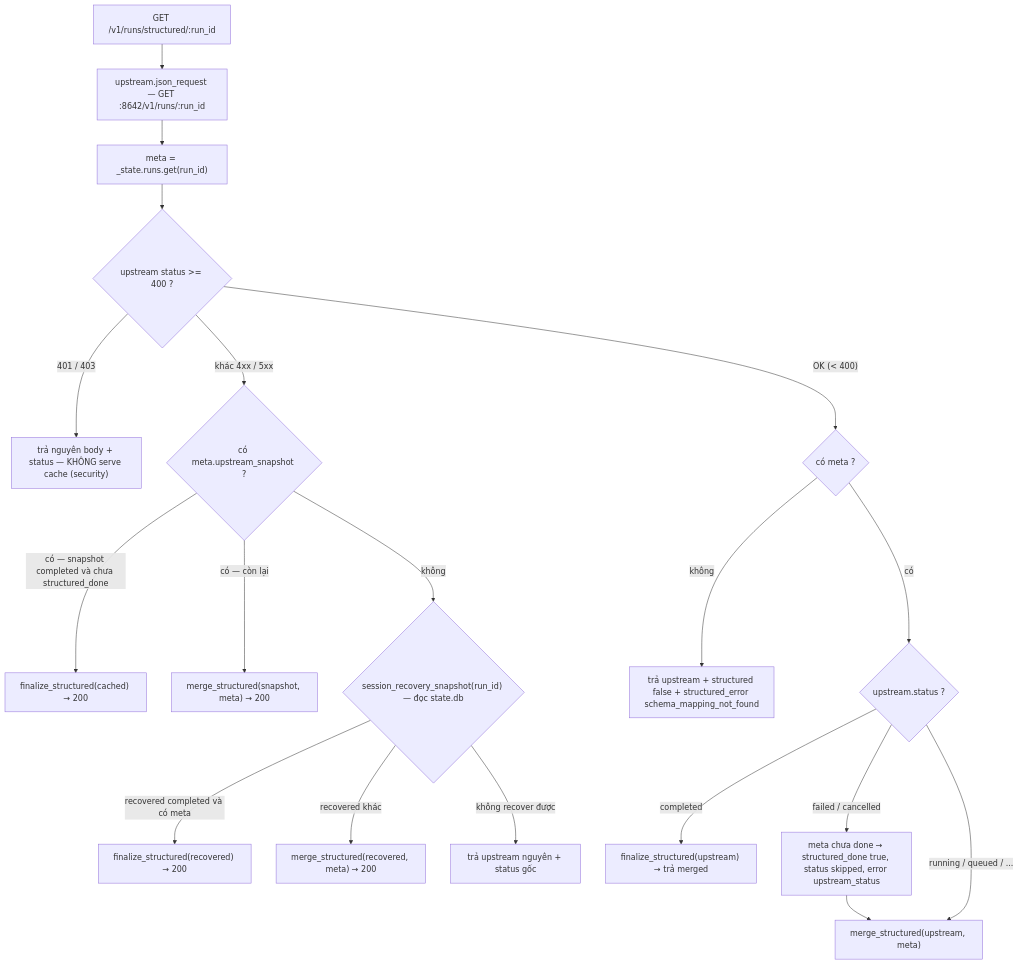
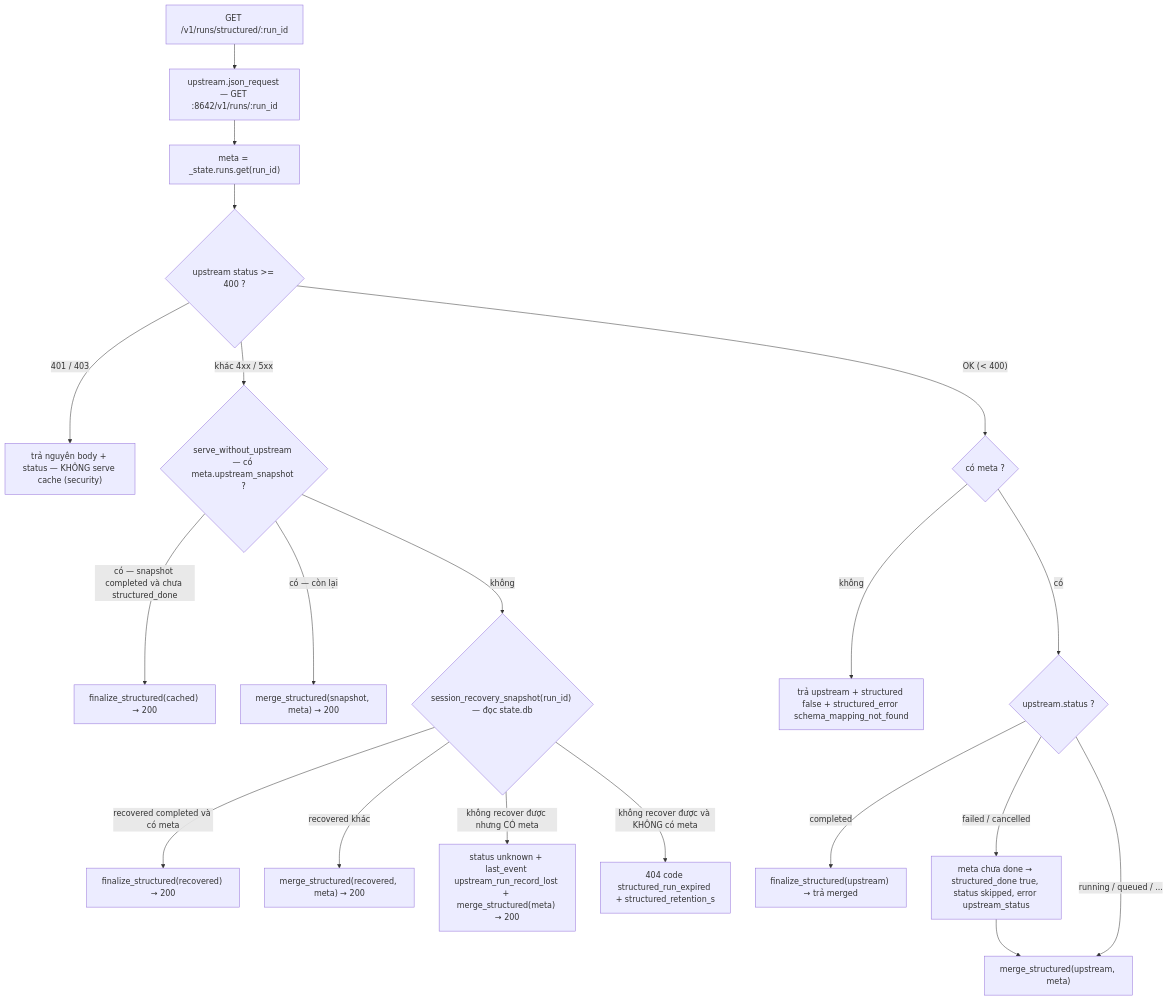
The fourth of 9 diagrams in docs/ARCHITECTURE.md (Agoobi/hermes-structured-runs-plugins), drawn with Mermaid before and after one commit. The commit also changed other lines of this file and 9 other files, not shown here.

````diff
--- a/docs/ARCHITECTURE.md
+++ b/docs/ARCHITECTURE.md
@@ -206,23 +206,24 @@
 ```mermaid
 flowchart TD
     START["GET /v1/runs/structured/:run_id"] --> FWD["upstream.json_request — GET :8642/v1/runs/:run_id"]
     FWD --> META["meta = _state.runs.get(run_id)"]
     META --> ERRCHK{"upstream status >= 400 ?"}
 
     ERRCHK -- "401 / 403" --> AUTH["trả nguyên body + status — KHÔNG serve cache (security)"]
-    ERRCHK -- "khác 4xx / 5xx" --> SNAP{"có meta.upstream_snapshot ?"}
+    ERRCHK -- "khác 4xx / 5xx" --> SNAP{"serve_without_upstream — có meta.upstream_snapshot ?"}
     SNAP -- "có — snapshot completed và chưa structured_done" --> FIN1["finalize_structured(cached) → 200"]
     SNAP -- "có — còn lại" --> MERGE1["merge_structured(snapshot, meta) → 200"]
     SNAP -- "không" --> REC{"session_recovery_snapshot(run_id) — đọc state.db"}
     REC -- "recovered completed và có meta" --> FIN2["finalize_structured(recovered) → 200"]
     REC -- "recovered khác" --> MERGE2["merge_structured(recovered, meta) → 200"]
-    REC -- "không recover được" --> RAW["trả upstream nguyên + status gốc"]
+    REC -- "không recover được nhưng CÓ meta" --> LOST["status unknown + last_event upstream_run_record_lost + merge_structured(meta) → 200"]
+    REC -- "không recover được và KHÔNG có meta" --> EXPIRED["404 code structured_run_expired + structured_retention_s"]
 
     ERRCHK -- "OK (< 400)" --> HASMETA{"có meta ?"}
     HASMETA -- "không" --> NOMAP["trả upstream + structured false + structured_error schema_mapping_not_found"]
     HASMETA -- "có" --> STCHK{"upstream.status ?"}
     STCHK -- "completed" --> FIN3["finalize_structured(upstream) → trả merged"]
     STCHK -- "failed / cancelled" --> SKIP["meta chưa done → structured_done true, status skipped, error upstream_status"]
     SKIP --> MERGE3["merge_structured(upstream, meta)"]
     STCHK -- "running / queued / ..." --> MERGE3
 ```
````
